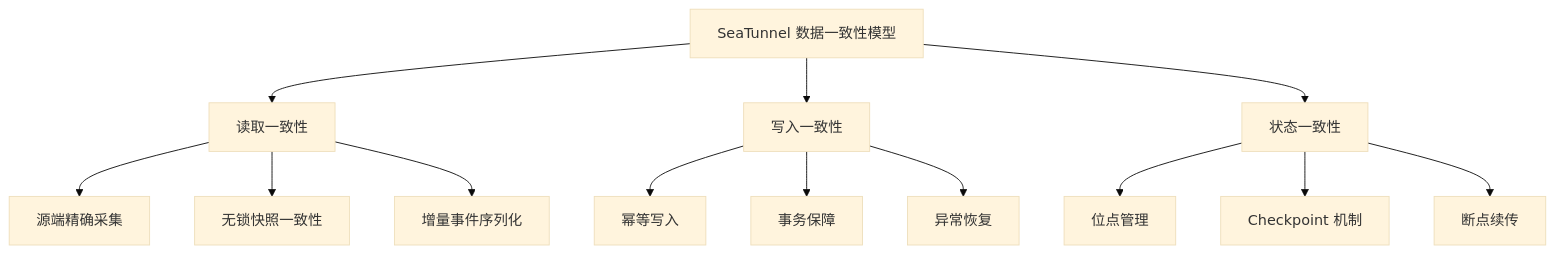
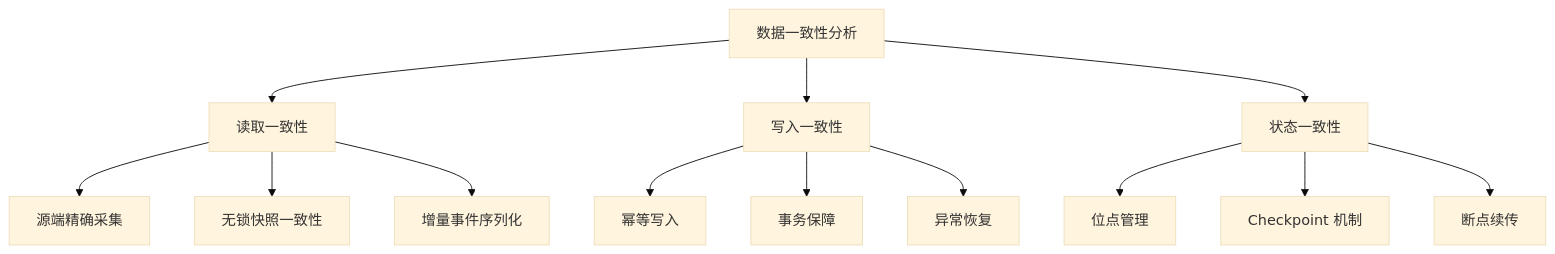
Before and after one commit to apache/seatunnel-website: the first of 8 diagrams in i18n/zh-CN/docusaurus-plugin-content-blog/2026-07-25-seatunnel-zero-loss-zero-duplication-data-consistency.md, drawn with Mermaid (base theme). The commit also changed other lines of this file and 1 other file, not shown here.

````diff
--- a/i18n/zh-CN/docusaurus-plugin-content-blog/2026-07-25-seatunnel-zero-loss-zero-duplication-data-consistency.md
+++ b/i18n/zh-CN/docusaurus-plugin-content-blog/2026-07-25-seatunnel-zero-loss-zero-duplication-data-consistency.md
@@ -21,18 +23,18 @@
 ```mermaid
 graph TD
-    A[SeaTunnel 数据一致性模型] --> B[读取一致性]
+    A[数据一致性分析] --> B[读取一致性]
     A --> C[写入一致性]
     A --> D[状态一致性]
 
     B --> B1[源端精确采集]
     B --> B2[无锁快照一致性]
     B --> B3[增量事件序列化]
 
     C --> C1[幂等写入]
     C --> C2[事务保障]
     C --> C3[异常恢复]
 
     D --> D1[位点管理]
     D --> D2[Checkpoint 机制]
     D --> D3[断点续传]
 ```
````
